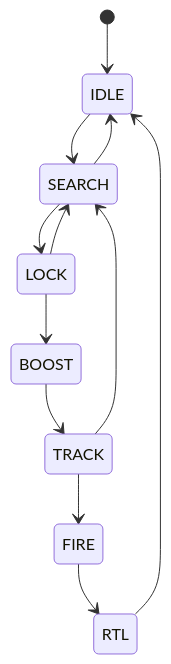
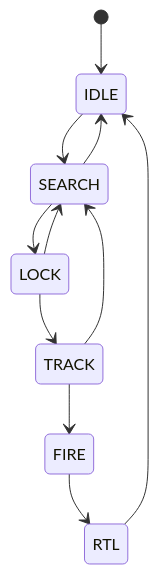
Before and after one commit to tokhun2002/A.R.M.S.-Anti-drone-Reusable-Modular-System-: the second of 3 diagrams in SW/docs/DESIGN.md, drawn with Mermaid. The commit also changed other lines of this file and 19 other files, not shown here.

````diff
--- a/SW/docs/DESIGN.md
+++ b/SW/docs/DESIGN.md
@@ -188,14 +216,13 @@
 ```mermaid
 stateDiagram-v2
     [*] --> IDLE
     IDLE --> SEARCH
     SEARCH --> IDLE
     SEARCH --> LOCK
     LOCK --> SEARCH
-    LOCK --> BOOST
-    BOOST --> TRACK
+    LOCK --> TRACK
     TRACK --> SEARCH
     TRACK --> FIRE
     FIRE --> RTL
     RTL --> IDLE
 ```
````
